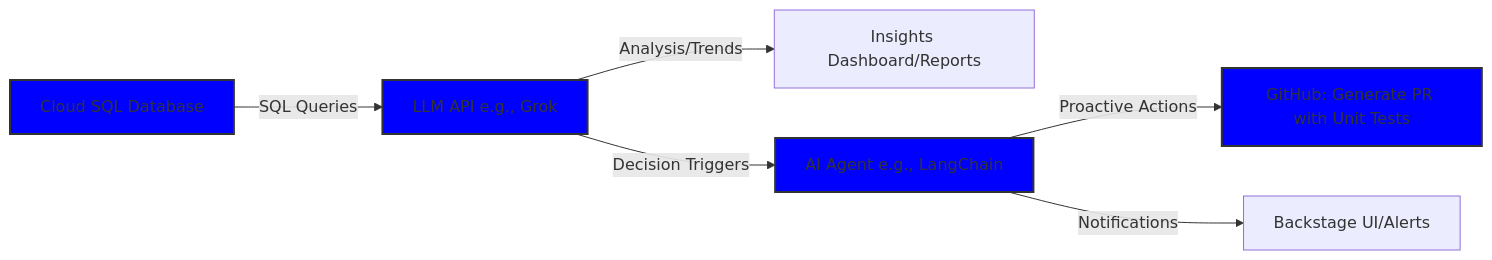
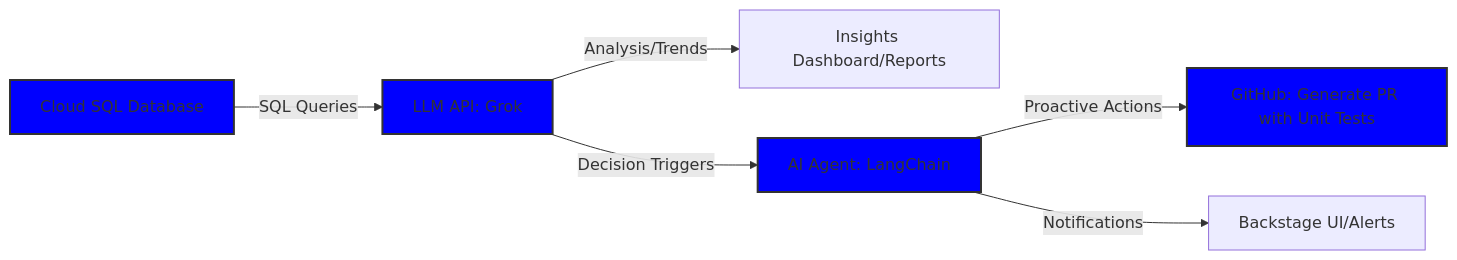
Before and after one commit to luis-cognizant/backstage-guide: diagram 11 of 11 in docs/diagrams.md, drawn with Mermaid. The commit also changed other lines of this file and 3 other files, not shown here.

Commit message:
Fixed mermaid issues

````diff
--- a/docs/diagrams.md
+++ b/docs/diagrams.md
@@ -204,12 +337,12 @@
 ```mermaid
 flowchart LR
-    D[Cloud SQL Database] -->|SQL Queries| F[LLM API e.g., Grok]
+    D[Cloud SQL Database] -->|SQL Queries| F[LLM API: Grok]
     F -->|Analysis/Trends| G[Insights Dashboard/Reports]
-    F -->|Decision Triggers| H[AI Agent e.g., LangChain]
+    F -->|Decision Triggers| H[AI Agent: LangChain]
     H -->|Proactive Actions| I[GitHub: Generate PR with Unit Tests]
     H -->|Notifications| J[Backstage UI/Alerts]
     style D fill:#0000FF,stroke:#333,stroke-width:2px
     style F fill:#0000FF,stroke:#333,stroke-width:2px
     style H fill:#0000FF,stroke:#333,stroke-width:2px
     style I fill:#0000FF,stroke:#333,stroke-width:2px
 ```
````
